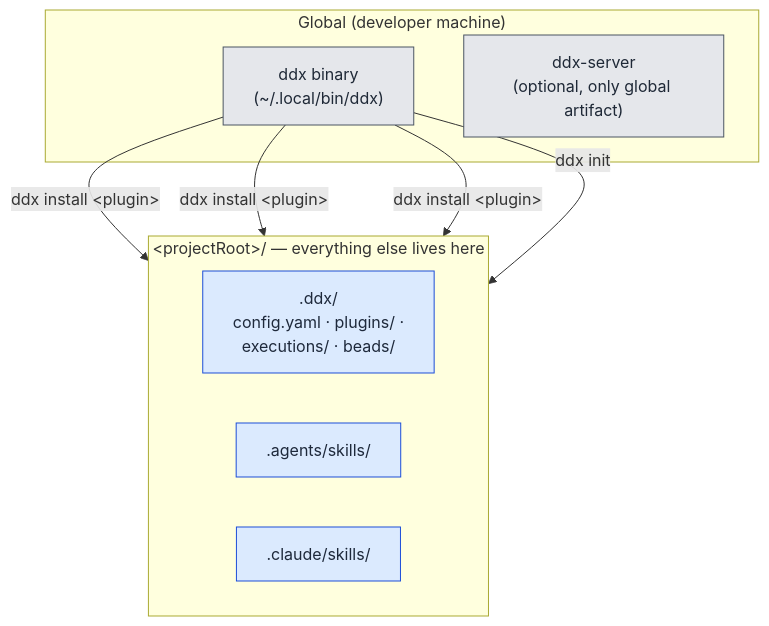
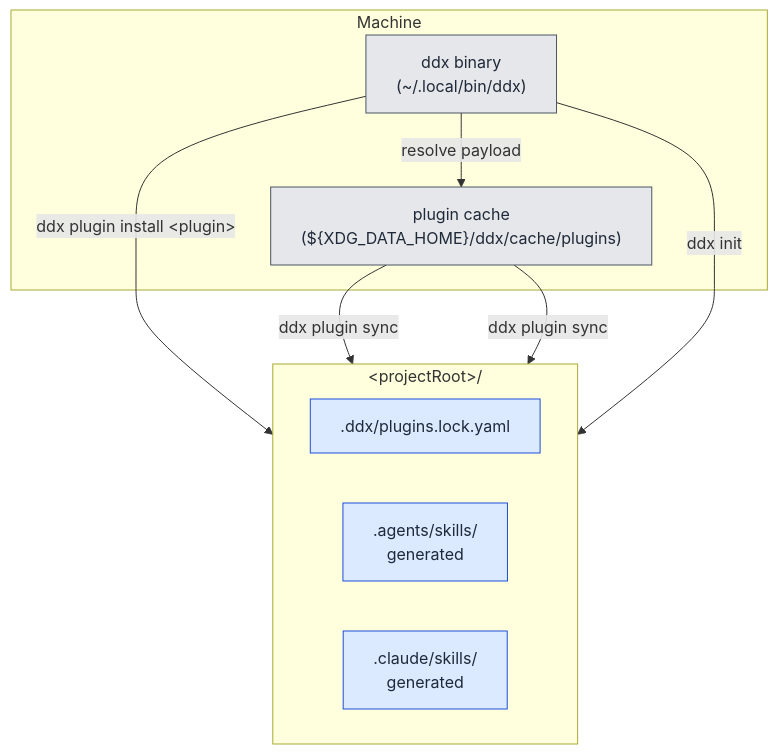
One commit to DocumentDrivenDX/ddx changed the fourth of 4 diagrams in website/content/docs/concepts/architecture.md. Above: the diagram before and after it, drawn with Mermaid. The commit also changed other lines of this file and 17 other files, not shown here.

Commit message:
docs: document cache-backed plugin installs

````diff
--- a/website/content/docs/concepts/architecture.md
+++ b/website/content/docs/concepts/architecture.md
@@ -226,23 +229,24 @@
 ```mermaid
 flowchart TB
-    subgraph Global["Global (developer machine)"]
+    subgraph Global["Machine"]
         Bin["ddx binary<br/>(~/.local/bin/ddx)"]
-        Server["ddx-server<br/>(optional, only global artifact)"]
+        Cache["plugin cache<br/>(${XDG_DATA_HOME}/ddx/cache/plugins)"]
     end
-    subgraph Project["&lt;projectRoot&gt;/ — everything else lives here"]
+    subgraph Project["&lt;projectRoot&gt;/"]
         direction LR
-        DDxDir[".ddx/<br/>config.yaml · plugins/ ·<br/>executions/ · beads/"]
-        AgentsDir[".agents/skills/"]
-        ClaudeDir[".claude/skills/"]
+        Lock[".ddx/plugins.lock.yaml"]
+        AgentsDir[".agents/skills/<br/>generated"]
+        ClaudeDir[".claude/skills/<br/>generated"]
     end
 
     Bin -->|"ddx init"| Project
-    Bin -->|"ddx install &lt;plugin&gt;"| DDxDir
-    Bin -->|"ddx install &lt;plugin&gt;"| AgentsDir
-    Bin -->|"ddx install &lt;plugin&gt;"| ClaudeDir
+    Bin -->|"ddx plugin install &lt;plugin&gt;"| Lock
+    Bin -->|"resolve payload"| Cache
+    Cache -->|"ddx plugin sync"| AgentsDir
+    Cache -->|"ddx plugin sync"| ClaudeDir
 
     classDef global fill:#e5e7eb,stroke:#4b5563,color:#1f2937;
     classDef local fill:#dbeafe,stroke:#1d4ed8,color:#1e293b;
-    class Bin,Server global;
-    class DDxDir,AgentsDir,ClaudeDir local;
+    class Bin,Cache global;
+    class Lock,AgentsDir,ClaudeDir local;
 ```
````
